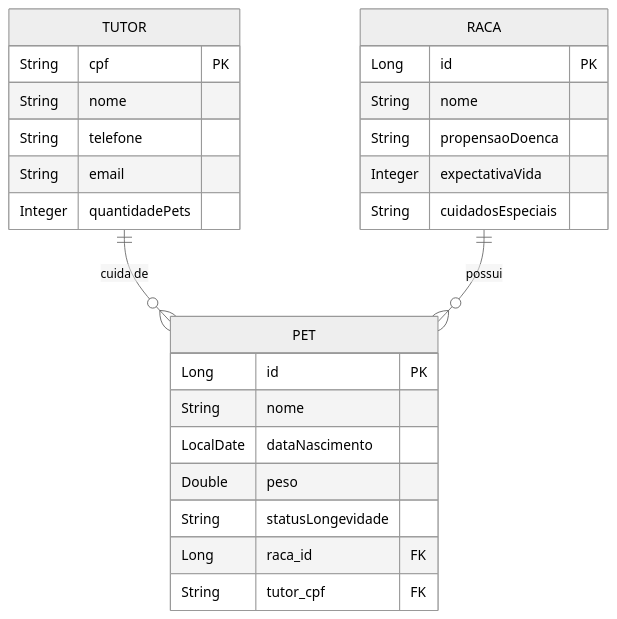
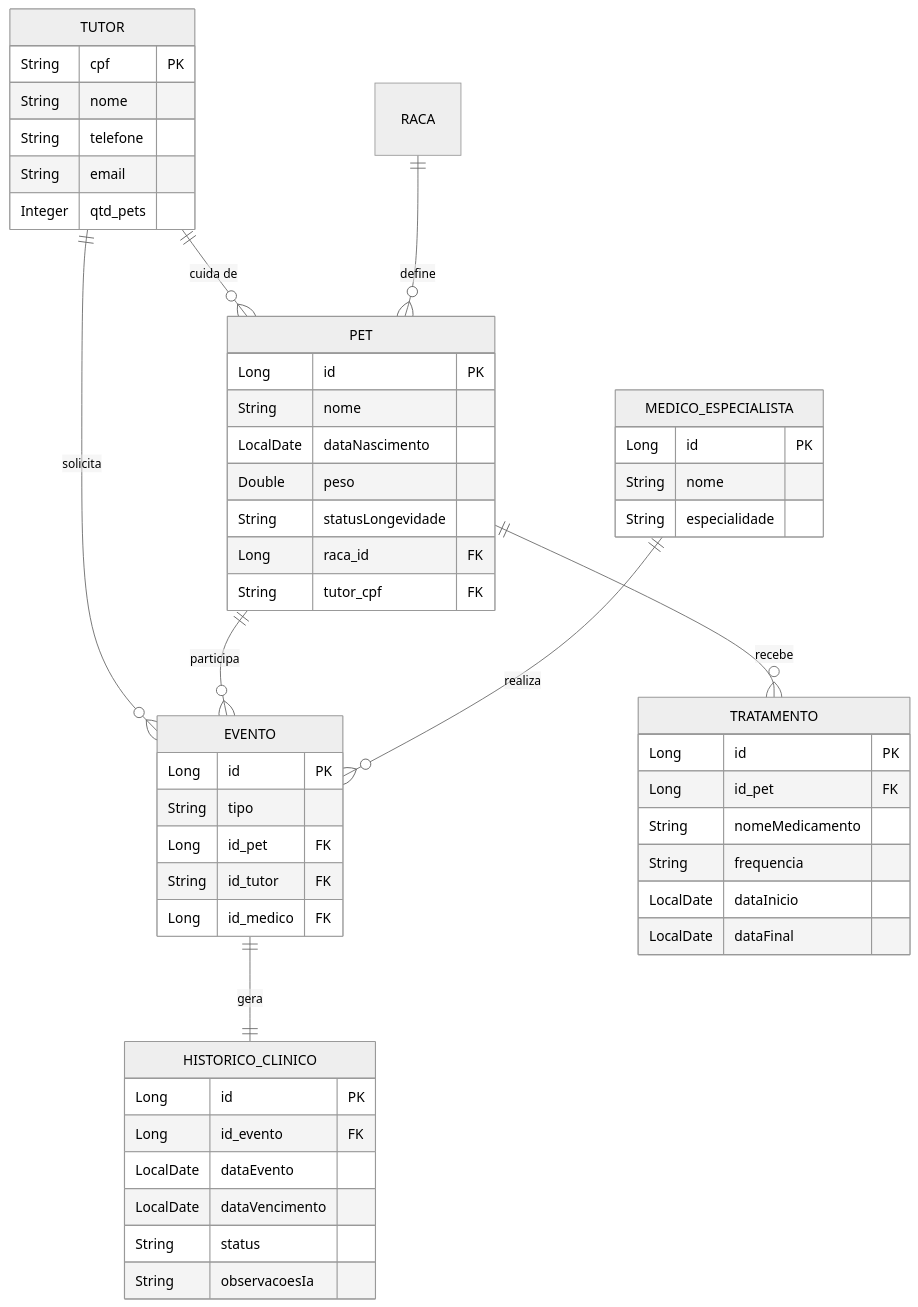
One commit to Gabriel-Maciel06/CHJava changed the diagram in README.md. Above: the diagram before and after it, drawn with Mermaid (neutral theme). The commit also changed 9 other files, not shown here.

Commit message:
feat: Expand database schema with clinics, specialists, events and treatments

````diff
--- a/README.md
+++ b/README.md
@@ -16,29 +16,55 @@
 ```mermaid
 erDiagram
     TUTOR ||--o{ PET : "cuida de"
-    RACA ||--o{ PET : "possui"
+    TUTOR ||--o{ EVENTO : "solicita"
+    RACA ||--o{ PET : "define"
+    PET ||--o{ EVENTO : "participa"
+    PET ||--o{ TRATAMENTO : "recebe"
+    MEDICO_ESPECIALISTA ||--o{ EVENTO : "realiza"
+    EVENTO ||--|| HISTORICO_CLINICO : "gera"
     
     TUTOR {
         String cpf PK
         String nome
         String telefone
         String email
-        Integer quantidadePets
-    }
-    RACA {
-        Long id PK
-        String nome
-        String propensaoDoenca
-        Integer expectativaVida
-        String cuidadosEspeciais
+        Integer qtd_pets
     }
     PET {
         Long id PK
         String nome
         LocalDate dataNascimento
         Double peso
         String statusLongevidade
         Long raca_id FK
         String tutor_cpf FK
     }
+    MEDICO_ESPECIALISTA {
+        Long id PK
+        String nome
+        String especialidade
+    }
+    EVENTO {
+        Long id PK
+        String tipo
+        Long id_pet FK
+        String id_tutor FK
+        Long id_medico FK
+    }
+    HISTORICO_CLINICO {
+        Long id PK
+        Long id_evento FK
+        LocalDate dataEvento
+        LocalDate dataVencimento
+        String status
+        String observacoesIa
+    }
+    TRATAMENTO {
+        Long id PK
+        Long id_pet FK
+        String nomeMedicamento
+        String frequencia
+        LocalDate dataInicio
+        LocalDate dataFinal
+    }
 ```
````
